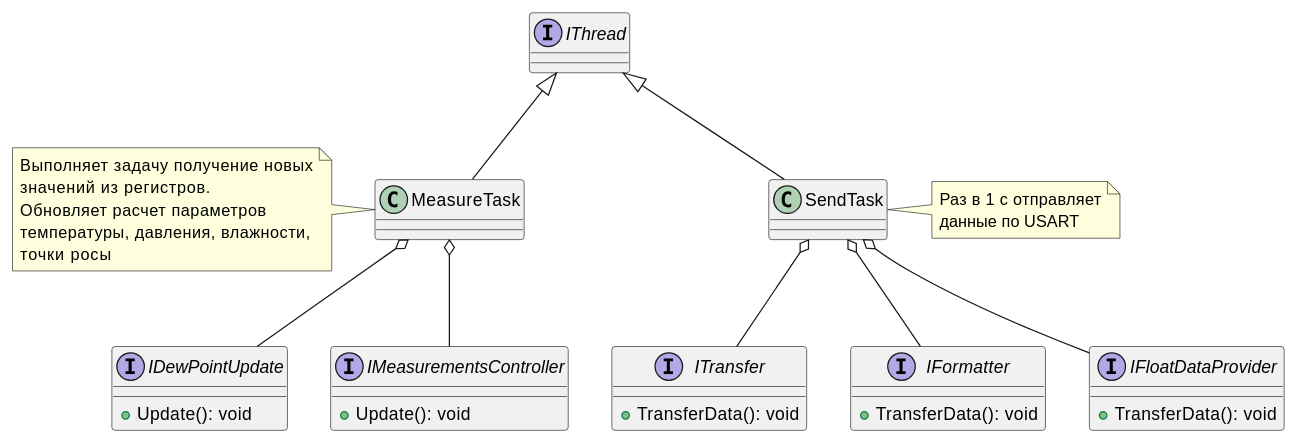
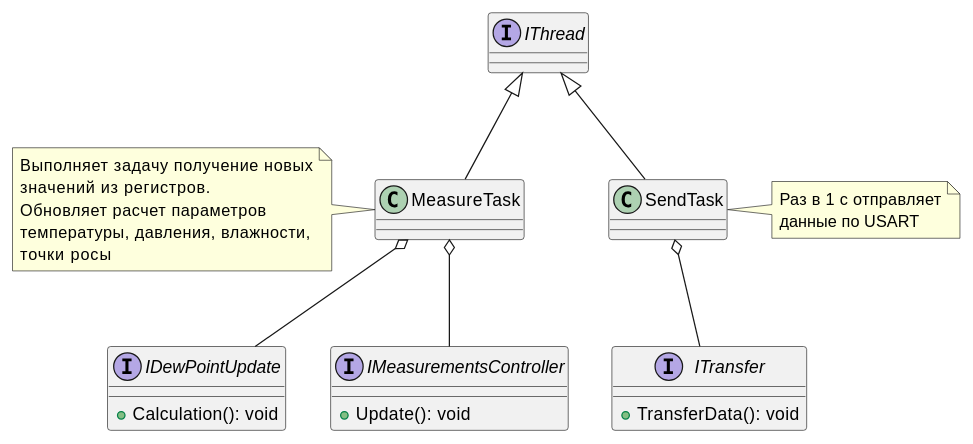
The first of 5 diagrams in Diagrams.adoc (Alexandro103/Laba), drawn with PlantUML before and after one commit. The commit also changed other lines of this file and 10 other files, not shown here.

```diff
--- a/Diagrams.adoc
+++ b/Diagrams.adoc
@@ -14,50 +14,45 @@
 [plantuml]
 ----
 interface IThread
 
 class MeasureTask
 class SendTask
 
 interface IDewPointUpdate {
-    +Update(): void
+    +Calculation(): void 
 }
 
 interface IMeasurementsController {
     +Update(): void
 }
 
 interface ITransfer {
     +TransferData(): void
 }
-interface IFormatter {
-    +TransferData(): void
-}
-interface IFloatDataProvider {
-    +TransferData(): void
-}
+
+
 
 interface IMeasurementsController
 interface ITransfer
 
 IThread <|-- MeasureTask
 IThread <|-- SendTask
 MeasureTask o--IDewPointUpdate
 MeasureTask o-- IMeasurementsController
 
 SendTask o-- ITransfer
-SendTask o--IFormatter
-SendTask o--IFloatDataProvider
+
 
 note left of MeasureTask
 Выполняет задачу получение новых
 значений из регистров.
 Обновляет расчет параметров
 температуры, давления, влажности,
 точки росы
 end note
 
 note right of SendTask
 Раз в 1 с отправляет
 данные по USART
 end note
 ----
```
